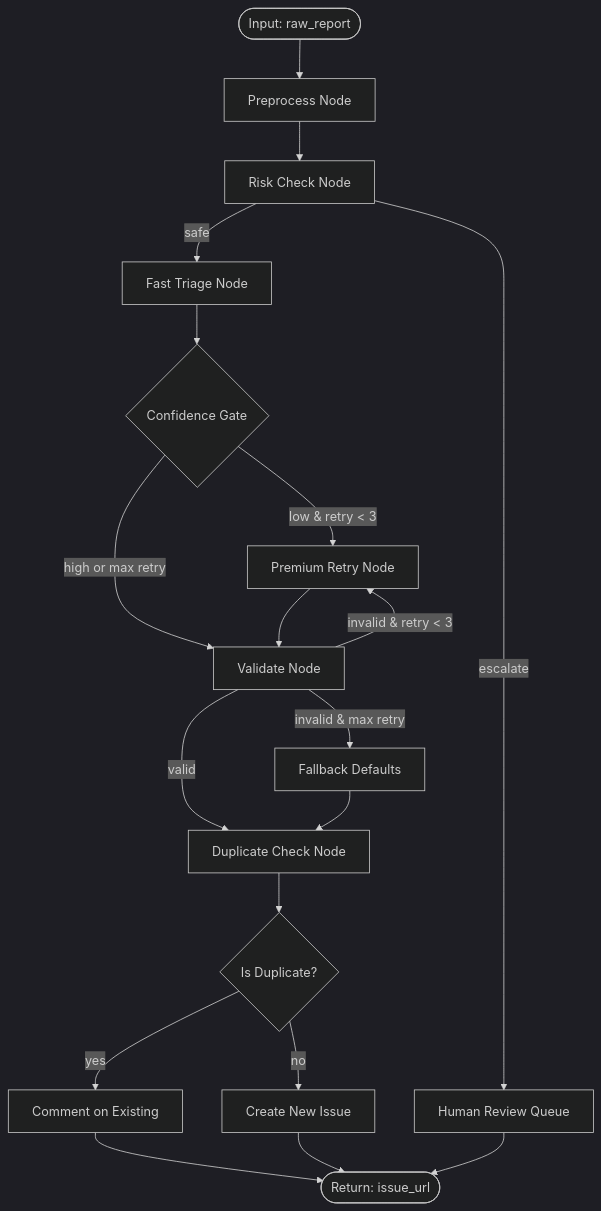
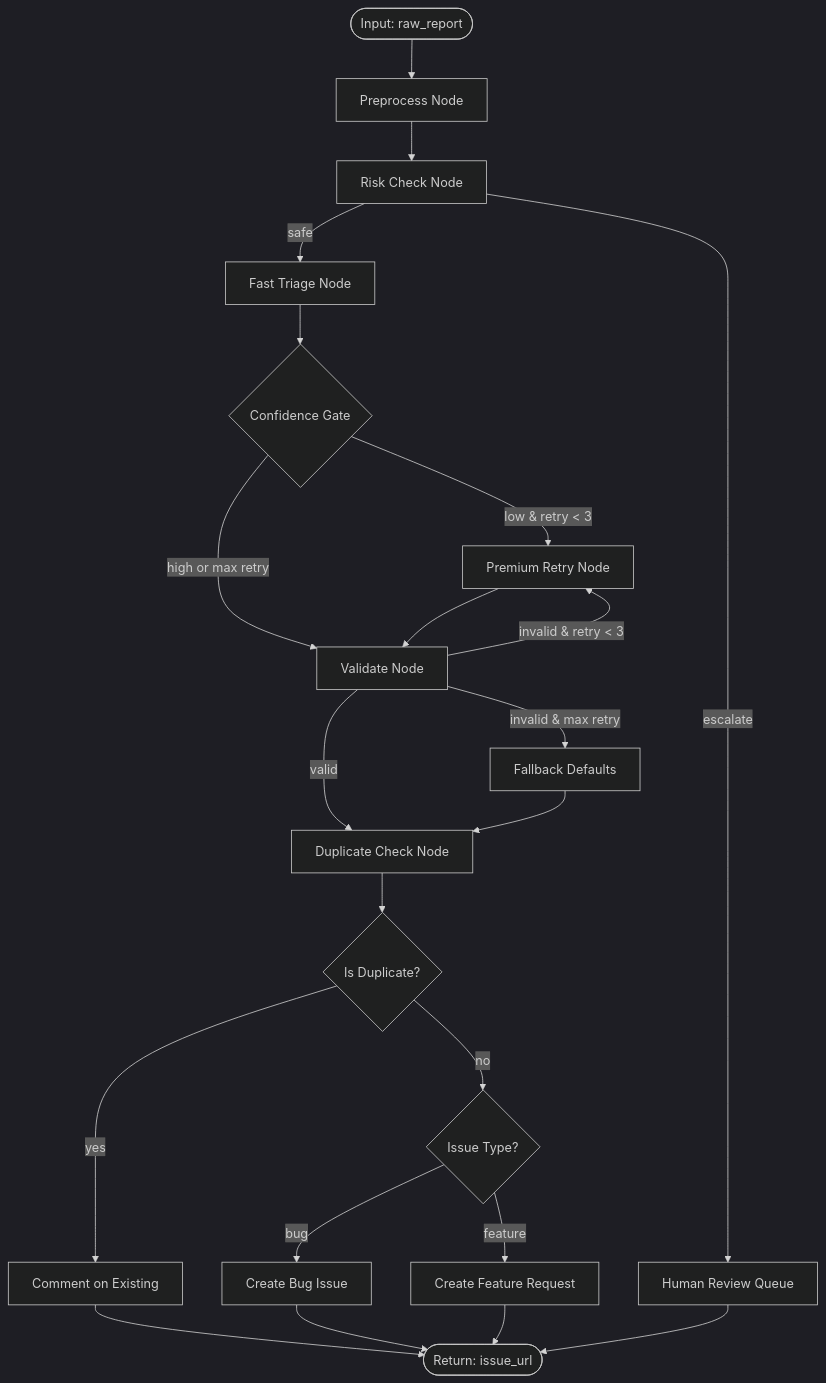
The diagram in spec.md (IWill29/bug-triage-langgraph), drawn with Mermaid (dark theme) before and after one commit. The commit also changed other lines of this file, not shown here.

First line of the commit message:
Fix 3 critical spec gaps from architecture review

````diff
--- a/spec.md
+++ b/spec.md
@@ -206,30 +206,34 @@
 ```mermaid
 graph TD
     Start([Input: raw_report]) --> Preprocess[Preprocess Node]
     Preprocess --> RiskCheck[Risk Check Node]
     
     RiskCheck --> |safe| FastTriage[Fast Triage Node]
     RiskCheck --> |escalate| HumanReview[Human Review Queue]
     
     FastTriage --> ConfidenceGate{Confidence Gate}
     
     ConfidenceGate --> |low & retry < 3| PremiumRetry[Premium Retry Node]
     ConfidenceGate --> |high or max retry| Validate[Validate Node]
     
     PremiumRetry --> Validate
     
     Validate --> |valid| DuplicateCheck[Duplicate Check Node]
     Validate --> |invalid & retry < 3| PremiumRetry
     Validate --> |invalid & max retry| FallbackDefaults[Fallback Defaults]
     
     FallbackDefaults --> DuplicateCheck
     
     DuplicateCheck --> IsDuplicate{Is Duplicate?}
     
     IsDuplicate --> |yes| CommentDuplicate[Comment on Existing]
-    IsDuplicate --> |no| CreateIssue[Create New Issue]
+    IsDuplicate --> |no| IssueType{Issue Type?}
+    
+    IssueType --> |bug| CreateIssue[Create Bug Issue]
+    IssueType --> |feature| CreateFeature[Create Feature Request]
     
     CommentDuplicate --> End([Return: issue_url])
     CreateIssue --> End
+    CreateFeature --> End
     HumanReview --> End
 ```
````
